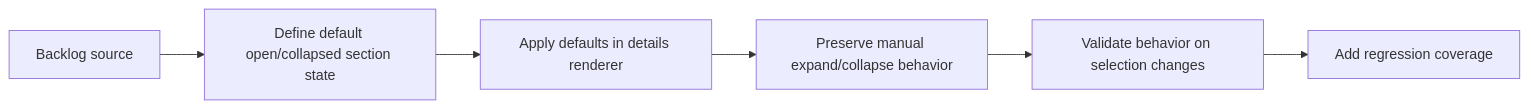
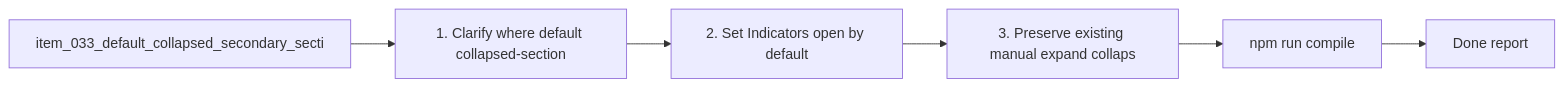
Before and after one commit to AlexAgo83/logics-manager: the diagram in logics/tasks/task_028_default_collapsed_secondary_sections_in_detail_panel.md, drawn with Mermaid. The commit also changed other lines of this file and 481 other files, not shown here.

Commit message:
Normalize Logics docs and workflow indicators

````diff
--- a/logics/tasks/task_028_default_collapsed_secondary_sections_in_detail_panel.md
+++ b/logics/tasks/task_028_default_collapsed_secondary_sections_in_detail_panel.md
@@ -16,9 +17,10 @@
 ```mermaid
+%% logics-kind: task
 %% logics-signature: task|default-secondary-detail-sections-to-col|item-033-default-collapsed-secondary-sec|1-clarify-where-default-collapsed-sectio|npm-run-compile
 flowchart LR
-    Backlog[Backlog source] --> State[Define default open/collapsed section state]
-    State --> Renderer[Apply defaults in details renderer]
-    Renderer --> Toggle[Preserve manual expand/collapse behavior]
-    Toggle --> Selection[Validate behavior on selection changes]
-    Selection --> Tests[Add regression coverage]
+    Backlog[item_033_default_collapsed_secondary_secti] --> Step1[1. Clarify where default collapsed-section]
+    Step1 --> Step2[2. Set Indicators open by default]
+    Step2 --> Step3[3. Preserve existing manual expand collaps]
+    Step3 --> Validation[npm run compile]
+    Validation --> Report[Done report]
 ```
````
